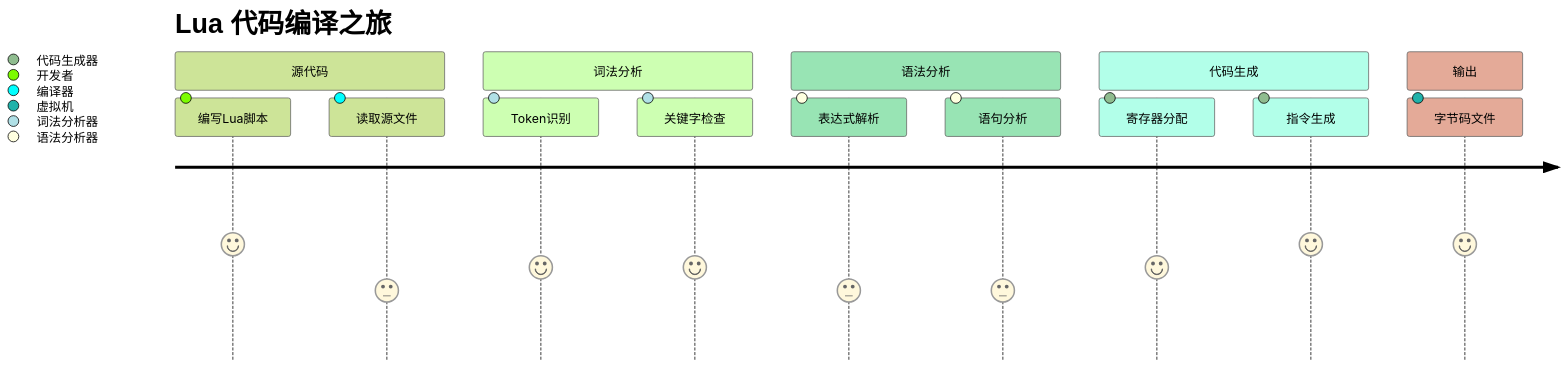
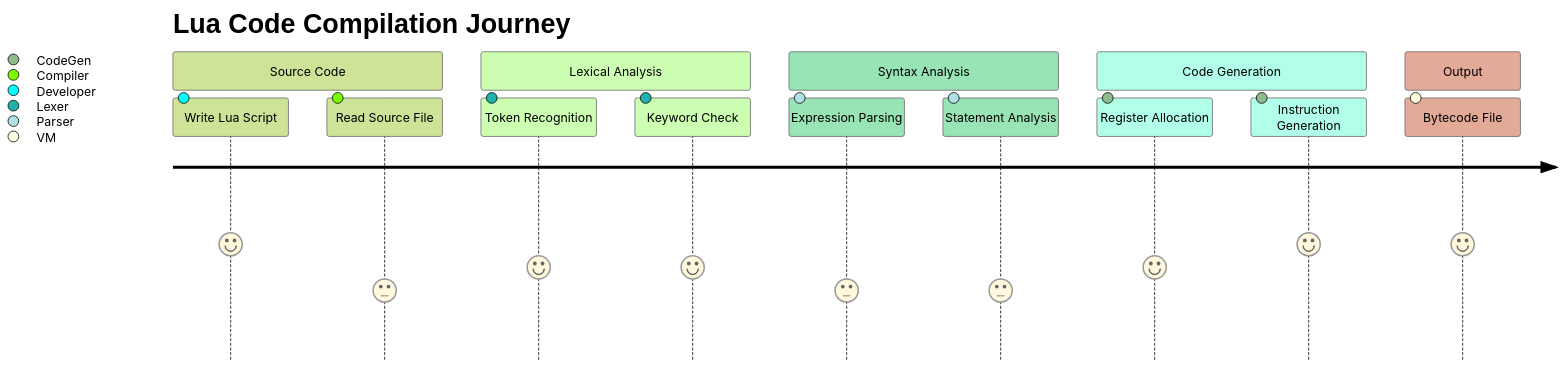
The eighth of 13 diagrams in docs/wiki_bytecode.md (YanqingXu/lua_c_analysis), drawn with Mermaid (forest theme) before and after one commit. The commit also changed other lines of this file, not shown here.

````diff
--- a/docs/wiki_bytecode.md
+++ b/docs/wiki_bytecode.md
@@ -1323,18 +1319,18 @@
 ```mermaid
 journey
-    title Lua 代码编译之旅
-    section 源代码
-      编写Lua脚本: 5: 开发者
-      读取源文件: 3: 编译器
-    section 词法分析
-      Token识别: 4: 词法分析器
-      关键字检查: 4: 词法分析器
-    section 语法分析
-      表达式解析: 3: 语法分析器
-      语句分析: 3: 语法分析器
-    section 代码生成
-      寄存器分配: 4: 代码生成器
-      指令生成: 5: 代码生成器
-    section 输出
-      字节码文件: 5: 虚拟机
+    title Lua Code Compilation Journey
+    section Source Code
+      Write Lua Script: 5: Developer
+      Read Source File: 3: Compiler
+    section Lexical Analysis
+      Token Recognition: 4: Lexer
+      Keyword Check: 4: Lexer
+    section Syntax Analysis
+      Expression Parsing: 3: Parser
+      Statement Analysis: 3: Parser
+    section Code Generation
+      Register Allocation: 4: CodeGen
+      Instruction Generation: 5: CodeGen
+    section Output
+      Bytecode File: 5: VM
 ```
````
